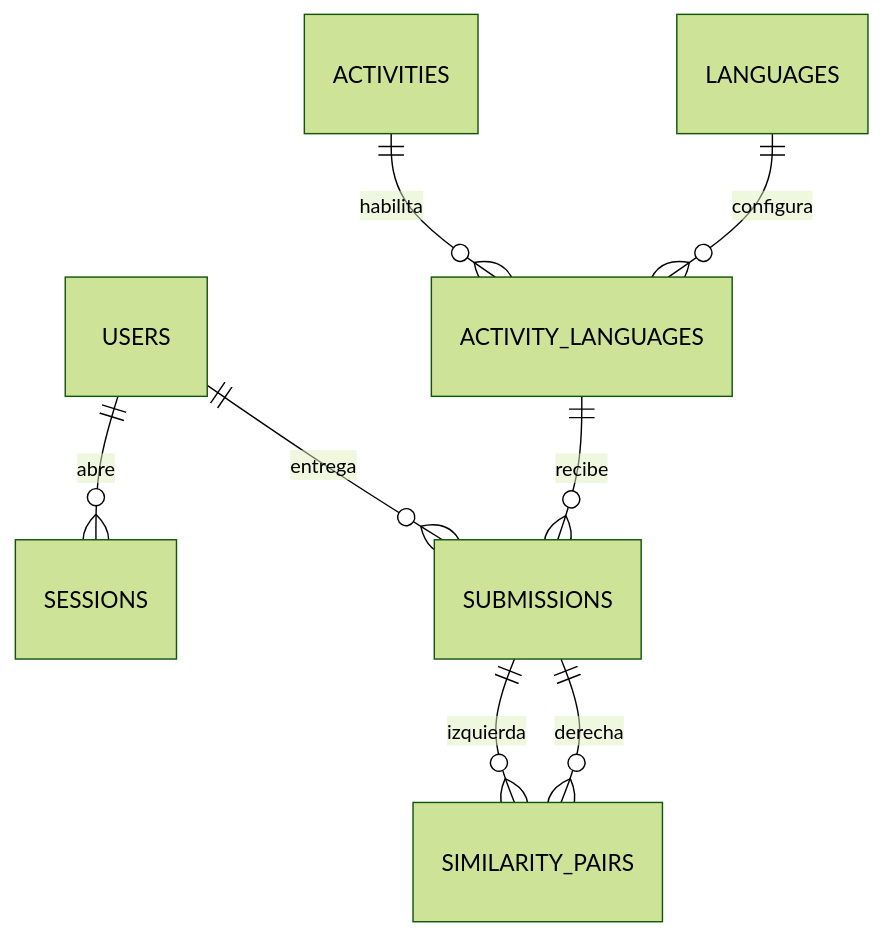
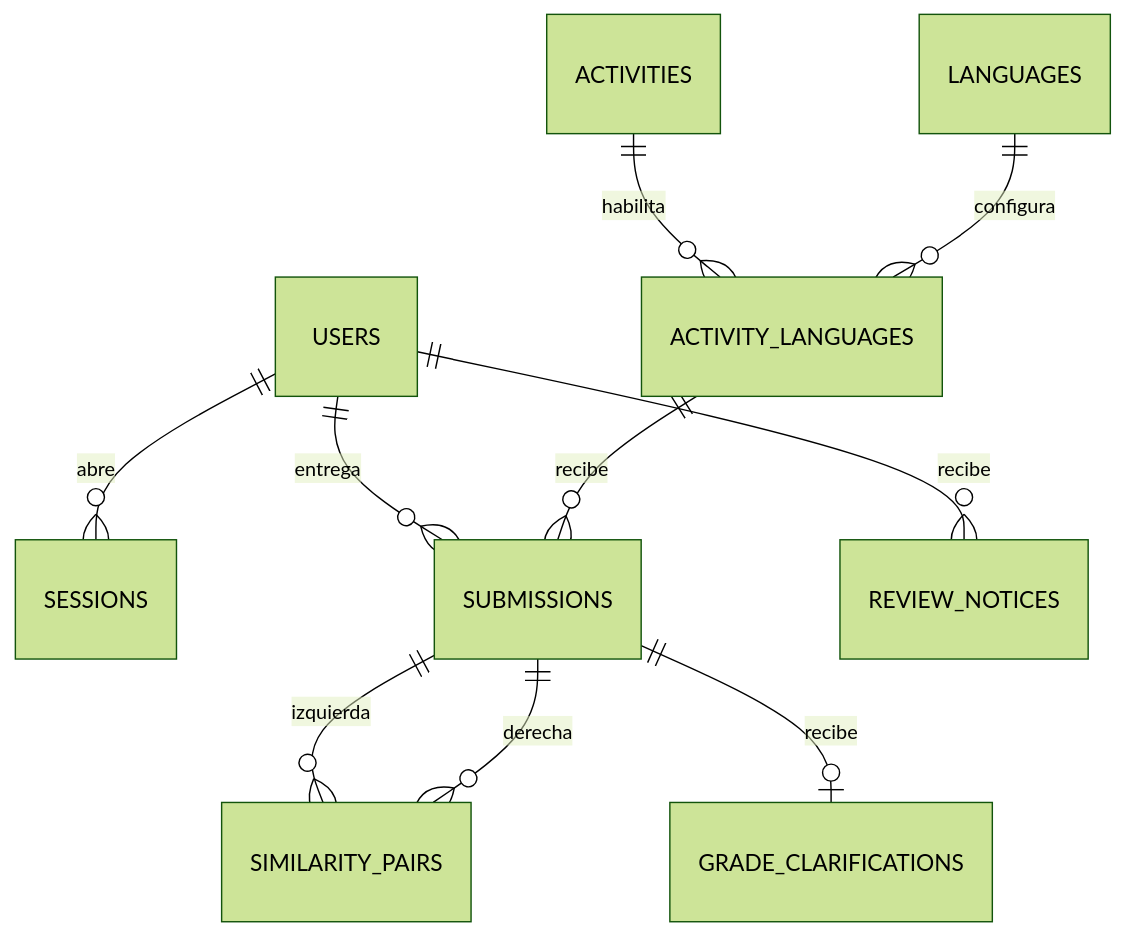
One commit to yeiisonbarreto/Paridad changed the second of 2 diagrams in docs/arquitectura.md. Above: the diagram before and after it, drawn with Mermaid (forest theme). The commit also changed other lines of this file and 30 other files, not shown here.

````diff
--- a/docs/arquitectura.md
+++ b/docs/arquitectura.md
@@ -37,10 +41,12 @@
 ```mermaid
 erDiagram
     USERS ||--o{ SESSIONS : abre
     USERS ||--o{ SUBMISSIONS : entrega
     ACTIVITIES ||--o{ ACTIVITY_LANGUAGES : habilita
     LANGUAGES ||--o{ ACTIVITY_LANGUAGES : configura
     ACTIVITY_LANGUAGES ||--o{ SUBMISSIONS : recibe
     SUBMISSIONS ||--o{ SIMILARITY_PAIRS : izquierda
     SUBMISSIONS ||--o{ SIMILARITY_PAIRS : derecha
+    SUBMISSIONS ||--o| GRADE_CLARIFICATIONS : recibe
+    USERS ||--o{ REVIEW_NOTICES : recibe
 ```
````
